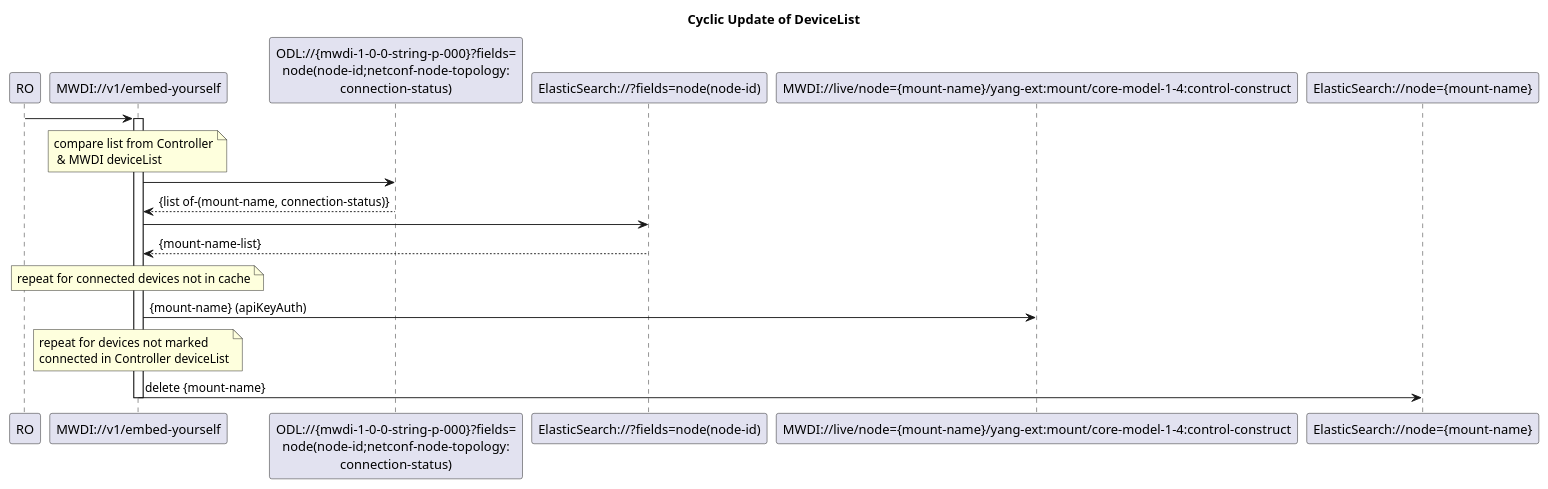
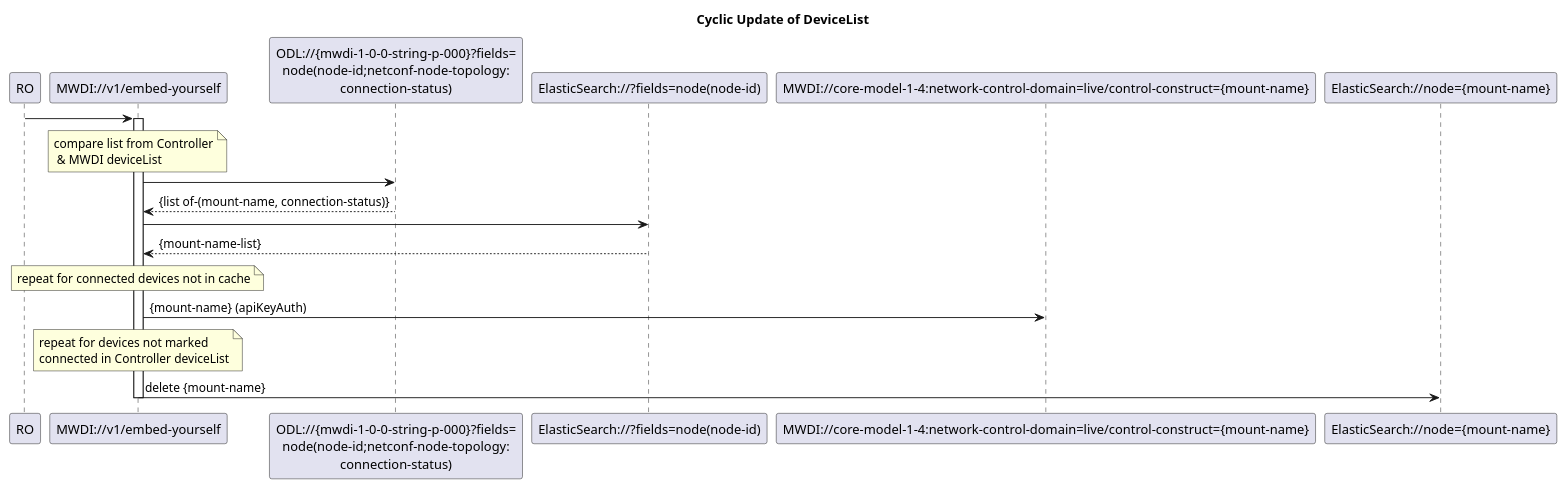
Before and after one commit to openBackhaul/MicroWaveDeviceInventory: the diagram in spec/diagrams/00x_CyclicOperationBasedDeviceListSync.plantuml, drawn with PlantUML. The commit also changed 7 other files, not shown here.

```diff
--- a/spec/diagrams/00x_CyclicOperationBasedDeviceListSync.plantuml
+++ b/spec/diagrams/00x_CyclicOperationBasedDeviceListSync.plantuml
@@ -1,32 +1,32 @@
 @startuml 00x_CyclicOperationBasedDeviceListSync
 skinparam responseMessageBelowArrow true
 
 title  Cyclic Update of DeviceList
 
 participant "RO" as ro
 participant "MWDI://v1/embed-yourself" as mwdi
 participant "ODL://{mwdi-1-0-0-string-p-000}?fields=\nnode(node-id;netconf-node-topology:\nconnection-status)" as odlConnectionStatus
 participant "ElasticSearch://?fields=node(node-id)" as ConnectedDeviceList
-participant "MWDI://live/node={mount-name}/yang-ext:mount/core-model-1-4:control-construct" as ControlConstruct
+participant "MWDI://core-model-1-4:network-control-domain=live/control-construct={mount-name}" as ControlConstruct
 participant "ElasticSearch://node={mount-name}" as es
 
 ro -> mwdi
 activate mwdi
 
 note over mwdi: compare list from Controller\n & MWDI deviceList
 'get deviceList from Controller
 mwdi -> odlConnectionStatus
 odlConnectionStatus --> mwdi: {list of-(mount-name, connection-status)}
 
 'get MWDI deviceList from ElasticSearch
 mwdi -> ConnectedDeviceList
 ConnectedDeviceList --> mwdi: {mount-name-list}
 
 note over mwdi: repeat for connected devices not in cache
 mwdi -> ControlConstruct: {mount-name} (apiKeyAuth)
 
 note over mwdi: repeat for devices not marked \nconnected in Controller deviceList
 mwdi -> es: delete {mount-name}
 deactivate mwdi
 
 @enduml
```
